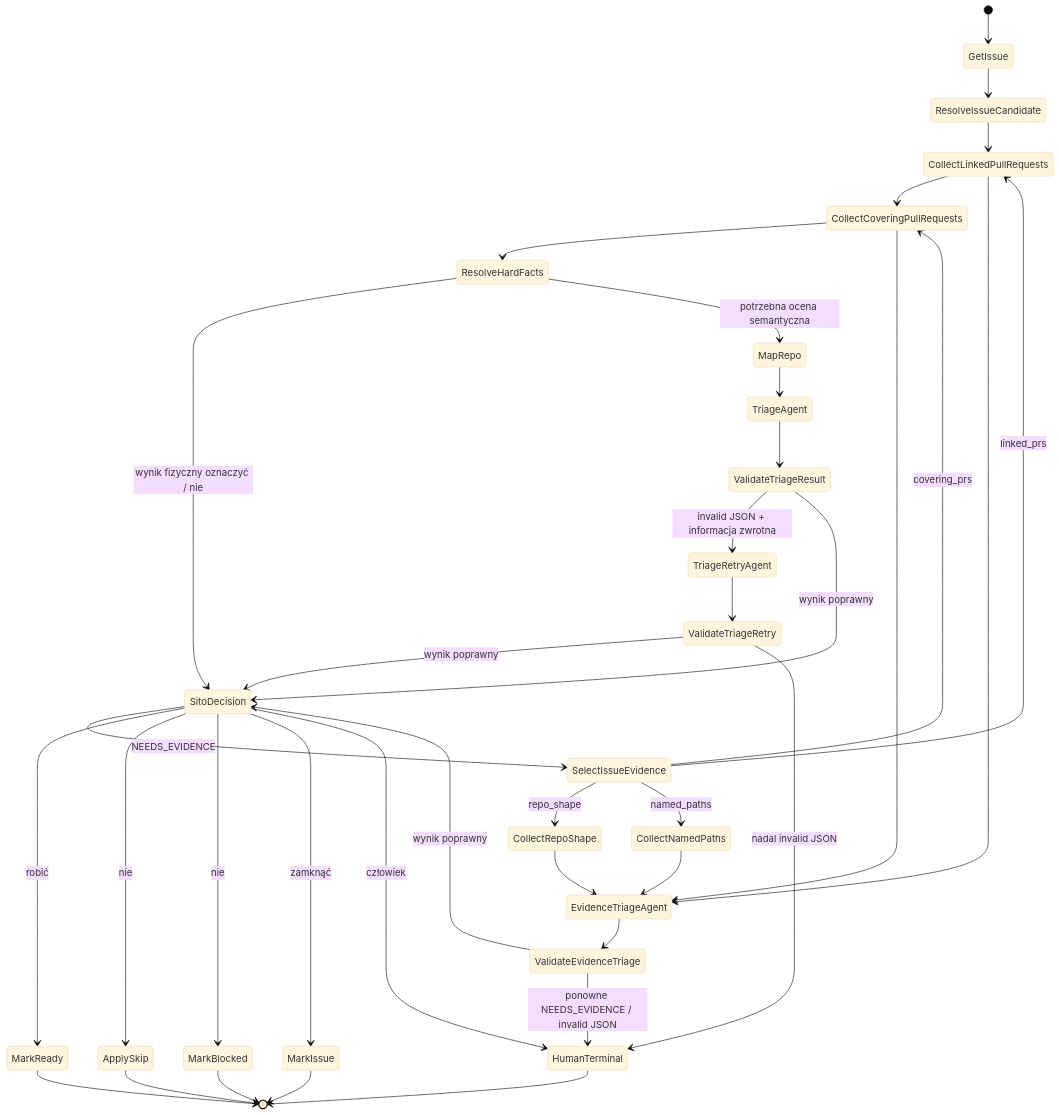
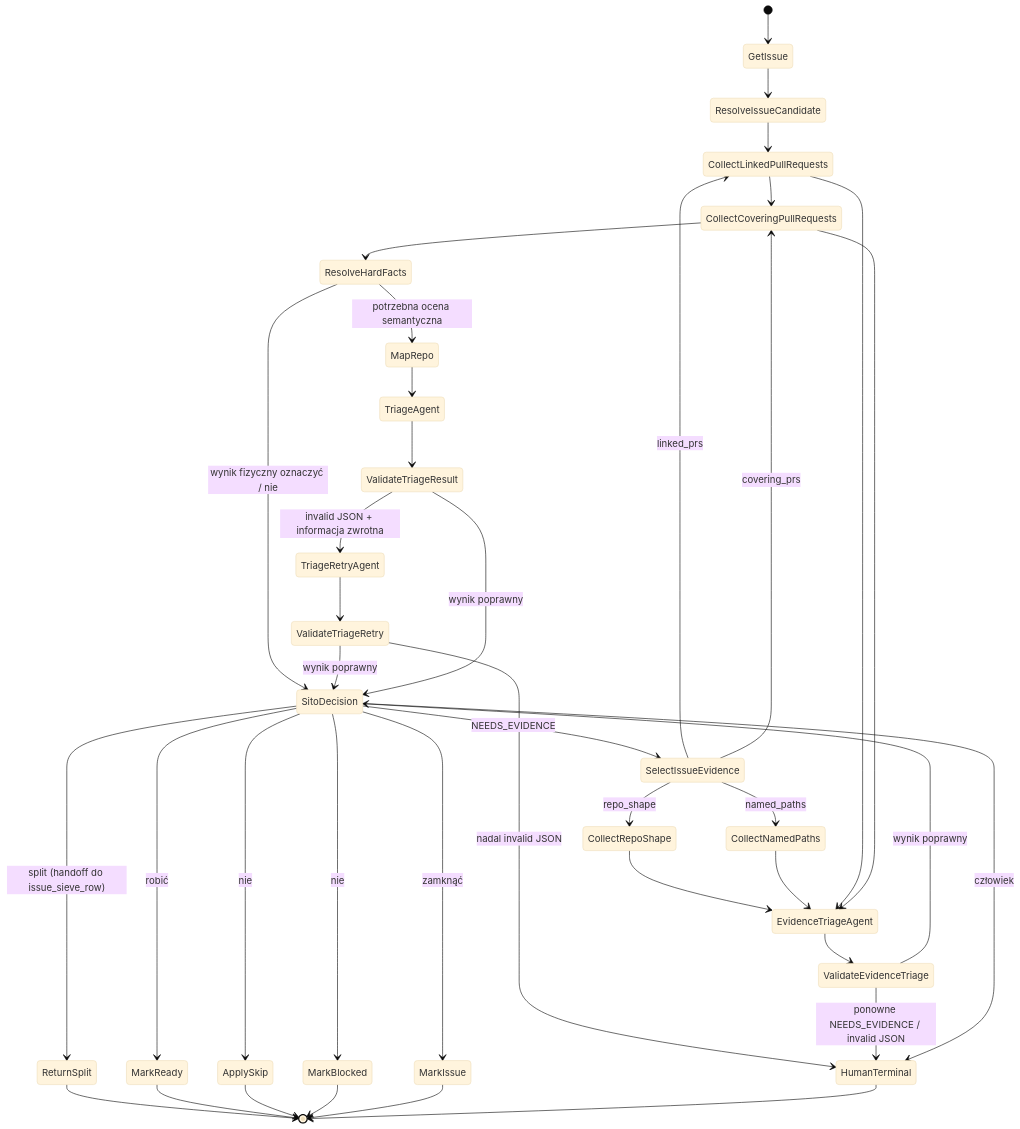
Before and after one commit to mikolaj92/lokay: diagram 35 of 45 in README.md, drawn with Mermaid (base theme). The commit also changed other lines of this file and 10 other files, not shown here.

Commit message:
fix(triage): preserve split handoff and skip idempotency

````diff
--- a/README.md
+++ b/README.md
@@ -1073,39 +1079,41 @@
 ```mermaid
 stateDiagram-v2
     [*] --> GetIssue
     GetIssue --> ResolveIssueCandidate
     ResolveIssueCandidate --> CollectLinkedPullRequests
     CollectLinkedPullRequests --> CollectCoveringPullRequests
     CollectCoveringPullRequests --> ResolveHardFacts
     ResolveHardFacts --> SitoDecision: wynik fizyczny oznaczyć / nie
     ResolveHardFacts --> MapRepo: potrzebna ocena semantyczna
     MapRepo --> TriageAgent
     TriageAgent --> ValidateTriageResult
     ValidateTriageResult --> TriageRetryAgent: invalid JSON + informacja zwrotna
     TriageRetryAgent --> ValidateTriageRetry
     ValidateTriageRetry --> SitoDecision: wynik poprawny
     ValidateTriageRetry --> HumanTerminal: nadal invalid JSON
     ValidateTriageResult --> SitoDecision: wynik poprawny
     SitoDecision --> SelectIssueEvidence: NEEDS_EVIDENCE
     SelectIssueEvidence --> CollectRepoShape: repo_shape
     SelectIssueEvidence --> CollectNamedPaths: named_paths
     SelectIssueEvidence --> CollectLinkedPullRequests: linked_prs
     SelectIssueEvidence --> CollectCoveringPullRequests: covering_prs
     CollectRepoShape --> EvidenceTriageAgent
     CollectNamedPaths --> EvidenceTriageAgent
     CollectLinkedPullRequests --> EvidenceTriageAgent
     CollectCoveringPullRequests --> EvidenceTriageAgent
     EvidenceTriageAgent --> ValidateEvidenceTriage
     ValidateEvidenceTriage --> SitoDecision: wynik poprawny
     ValidateEvidenceTriage --> HumanTerminal: ponowne NEEDS_EVIDENCE / invalid JSON
     SitoDecision --> MarkReady: robić
     SitoDecision --> ApplySkip: nie
     SitoDecision --> MarkBlocked: nie
     SitoDecision --> MarkIssue: zamknąć
+    SitoDecision --> ReturnSplit: split (handoff do issue_sieve_row)
     SitoDecision --> HumanTerminal: człowiek
+    ReturnSplit --> [*]
     MarkReady --> [*]
     ApplySkip --> [*]
     MarkBlocked --> [*]
     MarkIssue --> [*]
     HumanTerminal --> [*]
 ```
````
